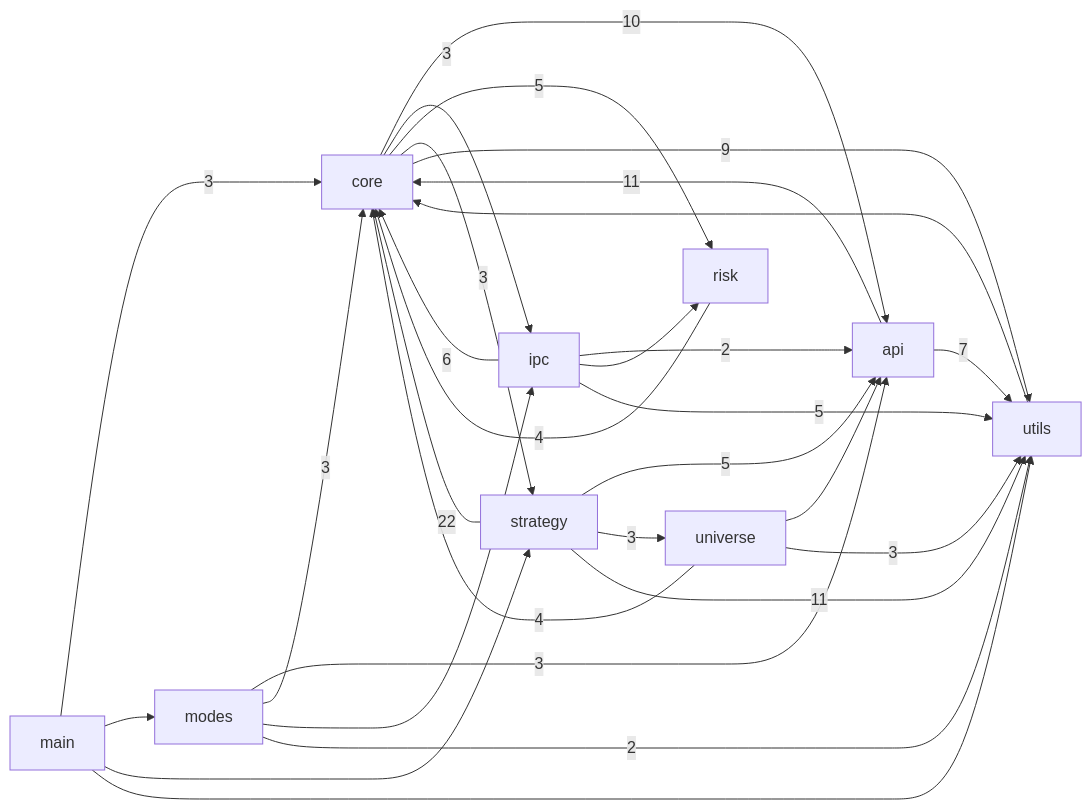
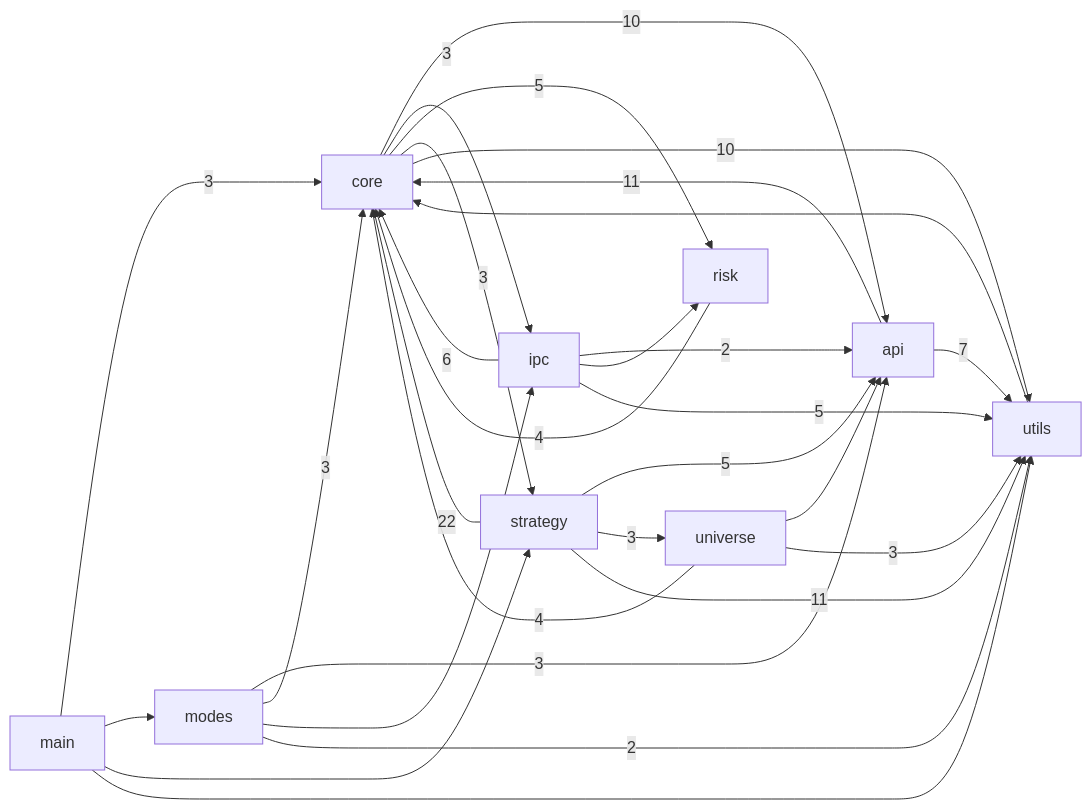
One commit to pypy8171/Quant changed the first of 3 diagrams in docs/CODE_GRAPH.md. Above: the diagram before and after it, drawn with Mermaid. The commit also changed other lines of this file and 6 other files, not shown here.

````diff
--- a/docs/CODE_GRAPH.md
+++ b/docs/CODE_GRAPH.md
@@ -10,40 +10,40 @@
 ```mermaid
 graph LR
   main[main]
   modes[modes]
   core[core]
   strategy[strategy]
   api[api]
   universe[universe]
   risk[risk]
   ipc[ipc]
   utils[utils]
   api -->|11| core
   api -->|7| utils
   core -->|10| api
   core -->|3| ipc
   core -->|5| risk
   core -->|3| strategy
-  core -->|9| utils
+  core -->|10| utils
   ipc -->|2| api
   ipc -->|6| core
   ipc --> risk
   ipc -->|5| utils
   main -->|3| core
   main --> modes
   main --> strategy
   main --> utils
   modes -->|3| api
   modes -->|3| core
   modes --> ipc
   modes -->|2| utils
   risk -->|4| core
   strategy -->|5| api
   strategy -->|22| core
   strategy -->|3| universe
   strategy -->|11| utils
   universe --> api
   universe -->|4| core
   universe -->|3| utils
   utils --> core
 ```
````
